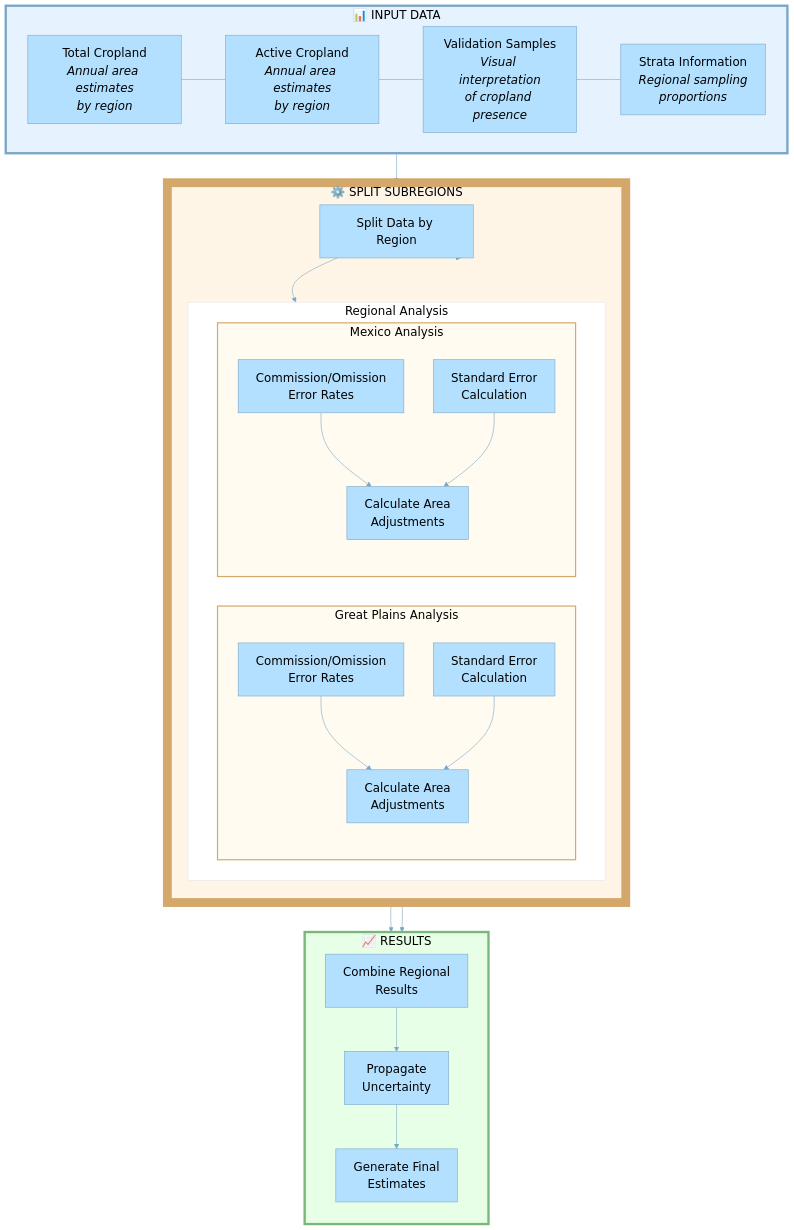
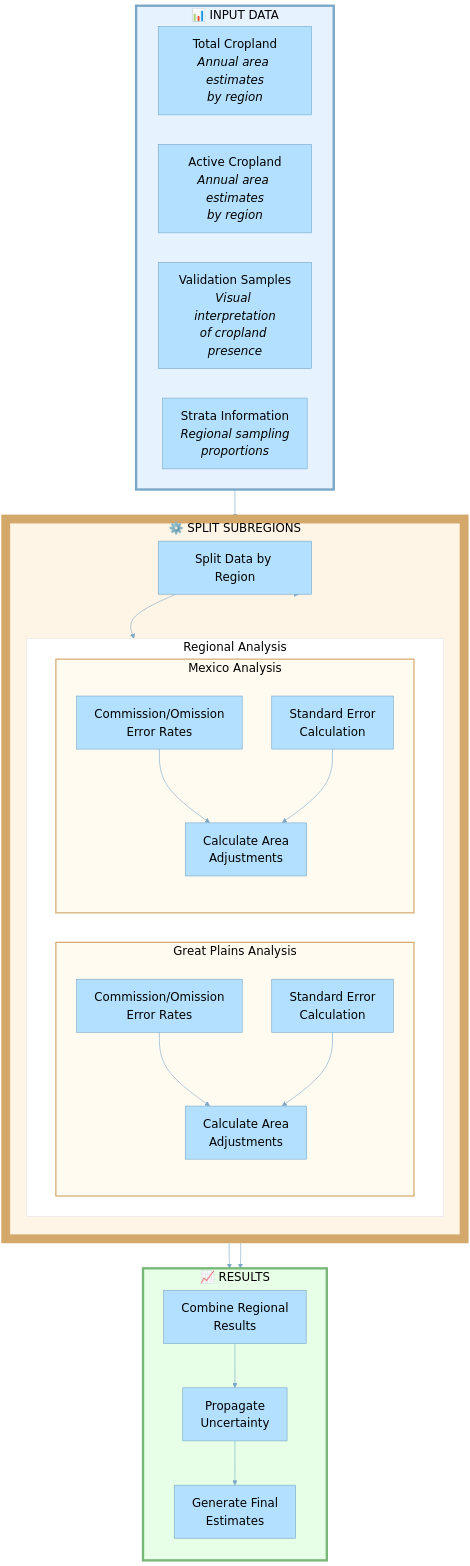
Before and after one commit to COYE-Coder/Annual-Cropland-Extent: the diagram in bias_correction/README.md, drawn with Mermaid.

````diff
--- a/bias_correction/README.md
+++ b/bias_correction/README.md
@@ -18,71 +18,71 @@
 ```mermaid 
 %%{init: {
   'theme': 'base',
   'themeVariables': {
     'primaryColor': '#b3e0ff',
     'primaryTextColor': '#000',
     'primaryBorderColor': '#7AA7C7',
     'lineColor': '#7AA7C7',
     'secondaryColor': '#ffe0b3',
     'tertiaryColor': '#fff',
     'fontSize': '20px'
   }
 }}%%
 
 flowchart TB
     subgraph InputData[" 📊 INPUT DATA                                                                                          "]
         direction LR
         style InputData fill:#e6f3ff,stroke:#7AA7C7,stroke-width:4px
         
-        TotalArea["Total Cropland<br/><i>Annual area estimates<br/>by region</i>"] ---
-        ActiveArea["Active Cropland<br/><i>Annual area estimates<br/>by region</i>"] ---
-        ValidationData["Validation Samples<br/><i>Visual interpretation<br/>of cropland presence</i>"] ---
+        TotalArea["Total Cropland<br/><i>Annual area estimates<br/>by region</i>"] 
+        ActiveArea["Active Cropland<br/><i>Annual area estimates<br/>by region</i>"] 
+        ValidationData["Validation Samples<br/><i>Visual interpretation<br/>of cropland presence</i>"] 
         StrataProp["Strata Information<br/><i>Regional sampling<br/>proportions</i>"]
     end
 
     subgraph Process[" ⚙️ SPLIT SUBREGIONS"]
         direction TB
         style Process fill:#fff5e6,stroke:#D4A76A,stroke-width:15px
         
         Split["Split Data by Region"]
         
         subgraph RegionalAnalysis["Regional Analysis"]
             direction LR
             
             subgraph GreatPlains["Great Plains Analysis"]
                 direction TB
                 style GreatPlains fill:#fffbf0,stroke:#D4A76A,stroke-width:2px
                 
                 GP_Comm["Commission/Omission<br/>Error Rates"] & GP_SE["Standard Error<br/>Calculation"] --> GP_Calc["Calculate Area<br/>Adjustments"]
             end
             
             subgraph Mexico["Mexico Analysis"]
                 direction TB
                 style Mexico fill:#fffbf0,stroke:#D4A76A,stroke-width:2px
                 
                 MX_Comm["Commission/Omission<br/>Error Rates"] & MX_SE["Standard Error<br/>Calculation"] --> MX_Calc["Calculate Area<br/>Adjustments"]
             end
         end
 
         Split --> GreatPlains
         Split --> Mexico
     end
 
     subgraph Results["📈 RESULTS"]
         direction TB
         style Results fill:#e6ffe6,stroke:#79B779,stroke-width:4px
         
         Combine["Combine Regional<br/>Results"]
         Uncertainty["Propagate<br/>Uncertainty"]
         Final["Generate Final<br/>Estimates"]
         
         Combine --> Uncertainty --> Final
     end
 
     InputData --> Split
     GP_Calc & MX_Calc --> Combine
 
     classDef default fontSize:16px;
     classDef process fill:#f9f9f9,stroke:#666,stroke-width:2px,fontSize:18px;
     classDef box fill:#fff,stroke:#333,stroke-width:2px,fontSize:18px;
 ```
````
